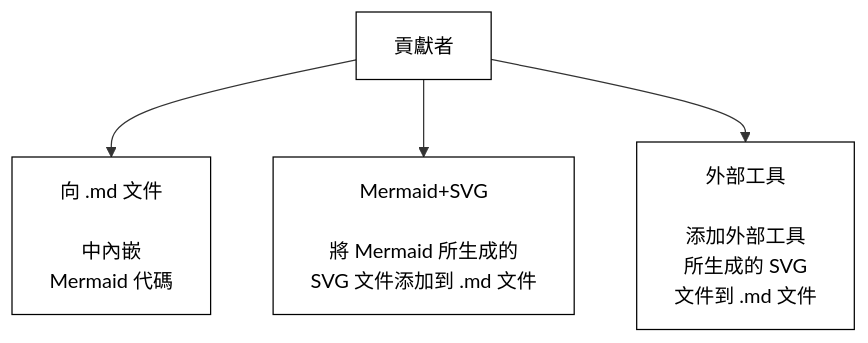
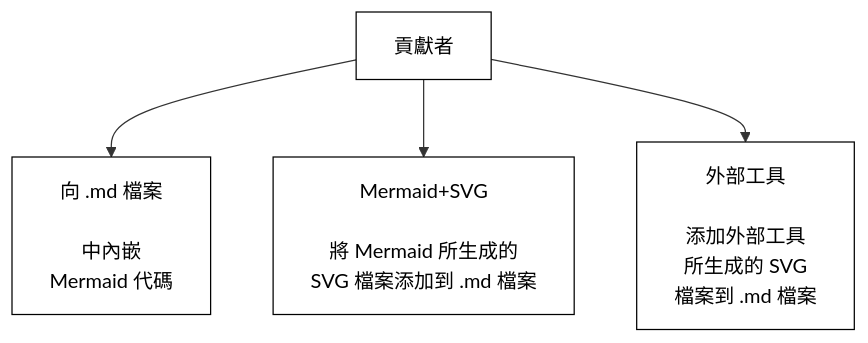
Before and after one commit to kubernetes/website: the second of 8 diagrams in content/zh-tw/docs/contribute/style/diagram-guide.md, drawn with Mermaid. The commit also changed other lines of this file and 1309 other files, not shown here.

```diff
--- a/content/zh-tw/docs/contribute/style/diagram-guide.md
+++ b/content/zh-tw/docs/contribute/style/diagram-guide.md
@@ -267,25 +267,25 @@
 {{< mermaid >}}
 graph TB
 A[貢獻者]
-B[向 .md 文件<br><br>中內嵌<br>Mermaid 代碼]
-C[Mermaid+SVG<br><br>將 Mermaid 所生成的<br>SVG 文件添加到 .md 文件]
-D[外部工具<br><br>添加外部工具<br>所生成的 SVG<br>文件到 .md 文件]
+B[向 .md 檔案<br><br>中內嵌<br>Mermaid 代碼]
+C[Mermaid+SVG<br><br>將 Mermaid 所生成的<br>SVG 檔案添加到 .md 檔案]
+D[外部工具<br><br>添加外部工具<br>所生成的 SVG<br>檔案到 .md 檔案]
 
     A --> B
     A --> C
     A --> D
 
     classDef box fill:#fff,stroke:#000,stroke-width:1px,color:#000;
     class A,B,C,D box
 
 %% 你可以使用 click 語句爲 Mermaid 節點設置指向某 URL 的超鏈接
 
 click A "https://mermaid-js.github.io/mermaid-live-editor/edit/#eyJjb2RlIjoiZ3JhcGggVEJcbiAgICBBW0NvbnRyaWJ1dG9yXVxuICAgIEJbSW5saW5lPGJyPjxicj5NZXJtYWlkIGNvZGU8YnI-YWRkZWQgdG8gLm1kIGZpbGVdXG4gICAgQ1tNZXJtYWlkK1NWRzxicj48YnI-QWRkIG1lcm1haWQtZ2VuZXJhdGVkPGJyPnN2ZyBmaWxlIHRvIC5tZCBmaWxlXVxuICAgIERbRXh0ZXJuYWwgdG9vbDxicj48YnI-QWRkIGV4dGVybmFsLXRvb2wtPGJyPmdlbmVyYXRlZCBzdmcgZmlsZTxicj50byAubWQgZmlsZV1cblxuICAgIEEgLS0-IEJcbiAgICBBIC0tPiBDXG4gICAgQSAtLT4gRFxuXG4gICAgY2xhc3NEZWYgYm94IGZpbGw6I2ZmZixzdHJva2U6IzAwMCxzdHJva2Utd2lkdGg6MXB4LGNvbG9yOiMwMDA7XG4gICAgY2xhc3MgQSxCLEMsRCBib3giLCJtZXJtYWlkIjoie1xuICBcInRoZW1lXCI6IFwiZGVmYXVsdFwiXG59IiwidXBkYXRlRWRpdG9yIjpmYWxzZSwiYXV0b1N5bmMiOnRydWUsInVwZGF0ZURpYWdyYW0iOmZhbHNlfQ" _blank
 
 click B "https://mermaid-js.github.io/mermaid-live-editor/edit/#eyJjb2RlIjoiZ3JhcGggVEJcbiAgICBBW0NvbnRyaWJ1dG9yXVxuICAgIEJbSW5saW5lPGJyPjxicj5NZXJtYWlkIGNvZGU8YnI-YWRkZWQgdG8gLm1kIGZpbGVdXG4gICAgQ1tNZXJtYWlkK1NWRzxicj48YnI-QWRkIG1lcm1haWQtZ2VuZXJhdGVkPGJyPnN2ZyBmaWxlIHRvIC5tZCBmaWxlXVxuICAgIERbRXh0ZXJuYWwgdG9vbDxicj48YnI-QWRkIGV4dGVybmFsLXRvb2wtPGJyPmdlbmVyYXRlZCBzdmcgZmlsZTxicj50byAubWQgZmlsZV1cblxuICAgIEEgLS0-IEJcbiAgICBBIC0tPiBDXG4gICAgQSAtLT4gRFxuXG4gICAgY2xhc3NEZWYgYm94IGZpbGw6I2ZmZixzdHJva2U6IzAwMCxzdHJva2Utd2lkdGg6MXB4LGNvbG9yOiMwMDA7XG4gICAgY2xhc3MgQSxCLEMsRCBib3giLCJtZXJtYWlkIjoie1xuICBcInRoZW1lXCI6IFwiZGVmYXVsdFwiXG59IiwidXBkYXRlRWRpdG9yIjpmYWxzZSwiYXV0b1N5bmMiOnRydWUsInVwZGF0ZURpYWdyYW0iOmZhbHNlfQ" _blank
 
 click C "https://mermaid-js.github.io/mermaid-live-editor/edit/#eyJjb2RlIjoiZ3JhcGggVEJcbiAgICBBW0NvbnRyaWJ1dG9yXVxuICAgIEJbSW5saW5lPGJyPjxicj5NZXJtYWlkIGNvZGU8YnI-YWRkZWQgdG8gLm1kIGZpbGVdXG4gICAgQ1tNZXJtYWlkK1NWRzxicj48YnI-QWRkIG1lcm1haWQtZ2VuZXJhdGVkPGJyPnN2ZyBmaWxlIHRvIC5tZCBmaWxlXVxuICAgIERbRXh0ZXJuYWwgdG9vbDxicj48YnI-QWRkIGV4dGVybmFsLXRvb2wtPGJyPmdlbmVyYXRlZCBzdmcgZmlsZTxicj50byAubWQgZmlsZV1cblxuICAgIEEgLS0-IEJcbiAgICBBIC0tPiBDXG4gICAgQSAtLT4gRFxuXG4gICAgY2xhc3NEZWYgYm94IGZpbGw6I2ZmZixzdHJva2U6IzAwMCxzdHJva2Utd2lkdGg6MXB4LGNvbG9yOiMwMDA7XG4gICAgY2xhc3MgQSxCLEMsRCBib3giLCJtZXJtYWlkIjoie1xuICBcInRoZW1lXCI6IFwiZGVmYXVsdFwiXG59IiwidXBkYXRlRWRpdG9yIjpmYWxzZSwiYXV0b1N5bmMiOnRydWUsInVwZGF0ZURpYWdyYW0iOmZhbHNlfQ" _blank
 
 click D "https://mermaid-js.github.io/mermaid-live-editor/edit/#eyJjb2RlIjoiZ3JhcGggVEJcbiAgICBBW0NvbnRyaWJ1dG9yXVxuICAgIEJbSW5saW5lPGJyPjxicj5NZXJtYWlkIGNvZGU8YnI-YWRkZWQgdG8gLm1kIGZpbGVdXG4gICAgQ1tNZXJtYWlkK1NWRzxicj48YnI-QWRkIG1lcm1haWQtZ2VuZXJhdGVkPGJyPnN2ZyBmaWxlIHRvIC5tZCBmaWxlXVxuICAgIERbRXh0ZXJuYWwgdG9vbDxicj48YnI-QWRkIGV4dGVybmFsLXRvb2wtPGJyPmdlbmVyYXRlZCBzdmcgZmlsZTxicj50byAubWQgZmlsZV1cblxuICAgIEEgLS0-IEJcbiAgICBBIC0tPiBDXG4gICAgQSAtLT4gRFxuXG4gICAgY2xhc3NEZWYgYm94IGZpbGw6I2ZmZixzdHJva2U6IzAwMCxzdHJva2Utd2lkdGg6MXB4LGNvbG9yOiMwMDA7XG4gICAgY2xhc3MgQSxCLEMsRCBib3giLCJtZXJtYWlkIjoie1xuICBcInRoZW1lXCI6IFwiZGVmYXVsdFwiXG59IiwidXBkYXRlRWRpdG9yIjpmYWxzZSwiYXV0b1N5bmMiOnRydWUsInVwZGF0ZURpYWdyYW0iOmZhbHNlfQ" _blank
 
 {{< /mermaid >}} 
```
